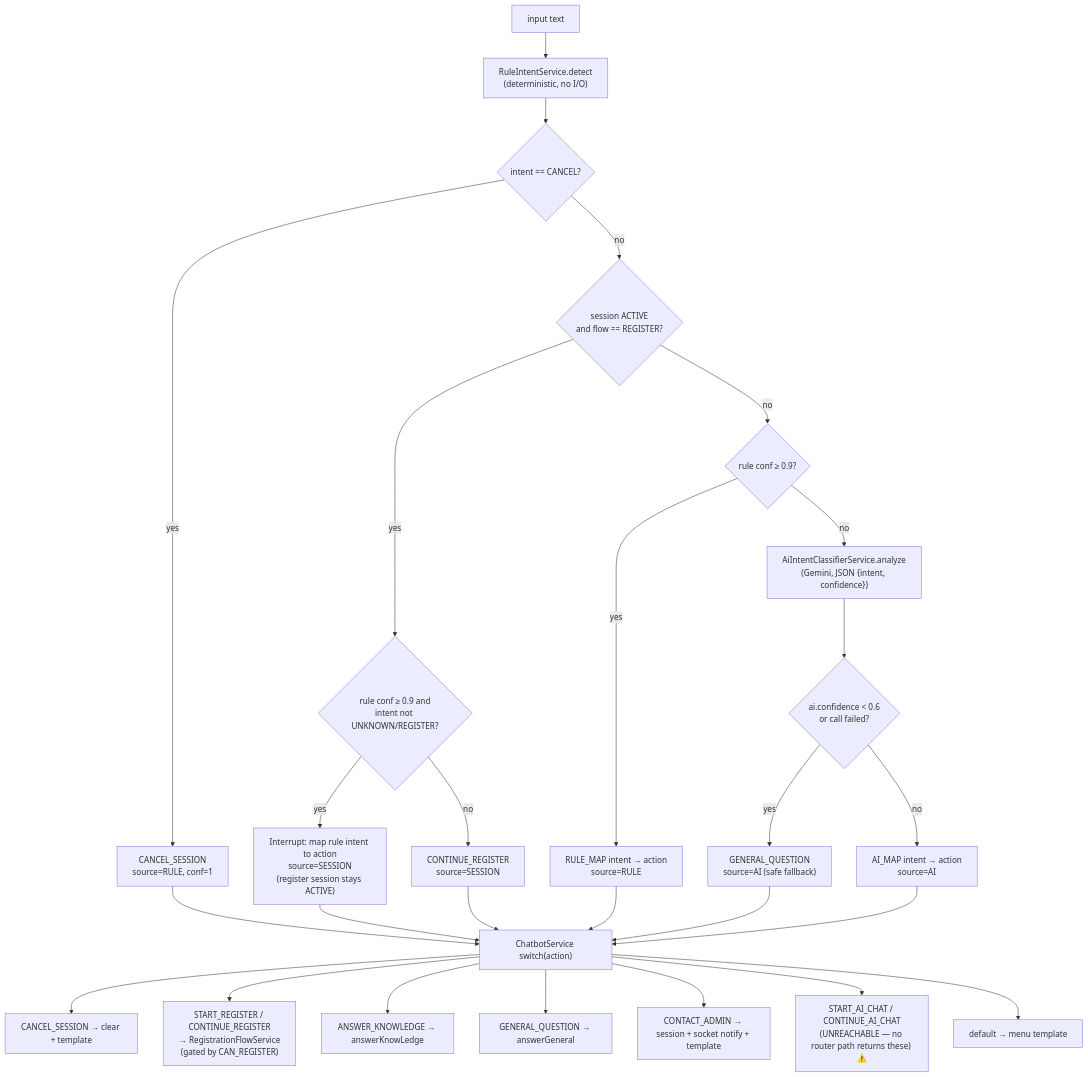
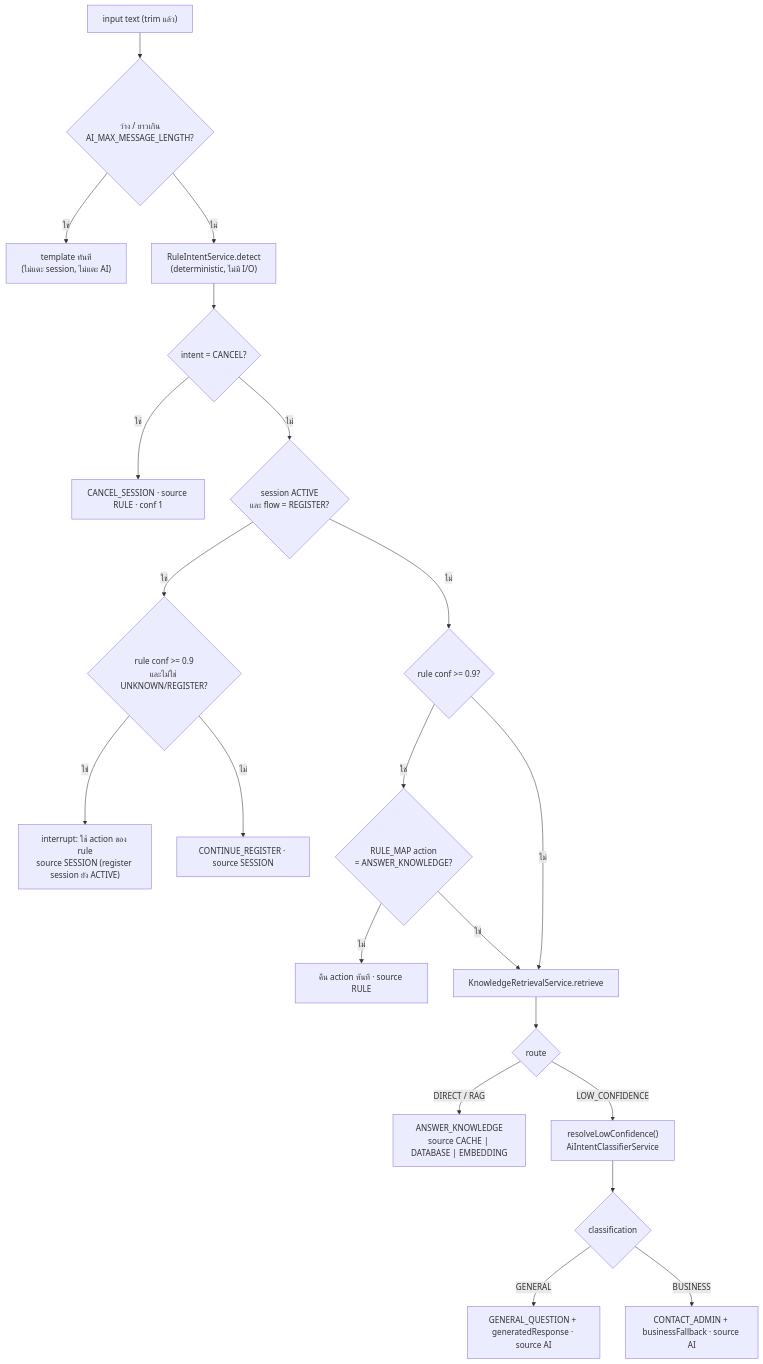
One commit to Codeine999/chatbot-agents changed the second of 7 diagrams in docs/service-flow.md. Above: the diagram before and after it, drawn with Mermaid. The commit also changed other lines of this file and 5 other files, not shown here.

````diff
--- a/docs/service-flow.md
+++ b/docs/service-flow.md
@@ -64,31 +68,23 @@
 ```mermaid
 flowchart TD
-    IN["input text"] --> RULE["RuleIntentService.detect<br/>(deterministic, no I/O)"]
-    RULE --> C1{"intent == CANCEL?"}
-    C1 -- yes --> A_CANCEL["CANCEL_SESSION<br/>source=RULE, conf=1"]
-    C1 -- no --> C2{"session ACTIVE<br/>and flow == REGISTER?"}
-    C2 -- yes --> C3{"rule conf ≥ 0.9 and<br/>intent not UNKNOWN/REGISTER?"}
-    C3 -- yes --> A_INT["Interrupt: map rule intent to action<br/>source=SESSION<br/>(register session stays ACTIVE)"]
-    C3 -- no --> A_CONT["CONTINUE_REGISTER<br/>source=SESSION"]
-    C2 -- no --> C4{"rule conf ≥ 0.9?"}
-    C4 -- yes --> A_RULE["RULE_MAP intent → action<br/>source=RULE"]
-    C4 -- no --> AI["AiIntentClassifierService.analyze<br/>(Gemini, JSON {intent, confidence})"]
-    AI --> C5{"ai.confidence < 0.6<br/>or call failed?"}
-    C5 -- yes --> A_GEN["GENERAL_QUESTION<br/>source=AI (safe fallback)"]
-    C5 -- no --> A_AI["AI_MAP intent → action<br/>source=AI"]
-
-    A_CANCEL --> SW
-    A_INT --> SW
-    A_CONT --> SW
-    A_RULE --> SW
-    A_GEN --> SW
-    A_AI --> SW
-    SW["ChatbotService switch(action)"]
-    SW --> X1["CANCEL_SESSION → clear + template"]
-    SW --> X2["START_REGISTER / CONTINUE_REGISTER<br/>→ RegistrationFlowService<br/>(gated by CAN_REGISTER)"]
-    SW --> X3["ANSWER_KNOWLEDGE → answerKnowLedge"]
-    SW --> X4["GENERAL_QUESTION → answerGeneral"]
-    SW --> X5["CONTACT_ADMIN → session + socket notify + template"]
-    SW --> X6["START_AI_CHAT / CONTINUE_AI_CHAT<br/>(UNREACHABLE — no router path returns these) ⚠️"]
-    SW --> X7["default → menu template"]
+    IN["input text (trim แล้ว)"] --> GUARD{"ว่าง / ยาวเกิน<br/>AI_MAX_MESSAGE_LENGTH?"}
+    GUARD -- ใช่ --> TPL["template ทันที<br/>(ไม่แตะ session, ไม่แตะ AI)"]
+    GUARD -- ไม่ --> RULE["RuleIntentService.detect<br/>(deterministic, ไม่มี I/O)"]
+    RULE --> C1{"intent = CANCEL?"}
+    C1 -- ใช่ --> A_CANCEL["CANCEL_SESSION · source RULE · conf 1"]
+    C1 -- ไม่ --> C2{"session ACTIVE<br/>และ flow = REGISTER?"}
+    C2 -- ใช่ --> C3{"rule conf >= 0.9<br/>และไม่ใช่ UNKNOWN/REGISTER?"}
+    C3 -- ใช่ --> A_INT["interrupt: ใช้ action ของ rule<br/>source SESSION (register session ยัง ACTIVE)"]
+    C3 -- ไม่ --> A_CONT["CONTINUE_REGISTER · source SESSION"]
+    C2 -- ไม่ --> C4{"rule conf >= 0.9?"}
+    C4 -- ใช่ --> C5{"RULE_MAP action<br/>= ANSWER_KNOWLEDGE?"}
+    C5 -- ไม่ --> A_RULE["คืน action ทันที · source RULE"]
+    C5 -- ใช่ --> KR
+    C4 -- ไม่ --> KR["KnowledgeRetrievalService.retrieve"]
+    KR --> C6{"route"}
+    C6 -- "DIRECT / RAG" --> A_KNOW["ANSWER_KNOWLEDGE<br/>source CACHE | DATABASE | EMBEDDING"]
+    C6 -- LOW_CONFIDENCE --> LOWC["resolveLowConfidence()<br/>AiIntentClassifierService"]
+    LOWC --> C7{"classification"}
+    C7 -- GENERAL --> A_GEN["GENERAL_QUESTION + generatedResponse · source AI"]
+    C7 -- BUSINESS --> A_ADM["CONTACT_ADMIN + businessFallback · source AI"]
 ```
````
